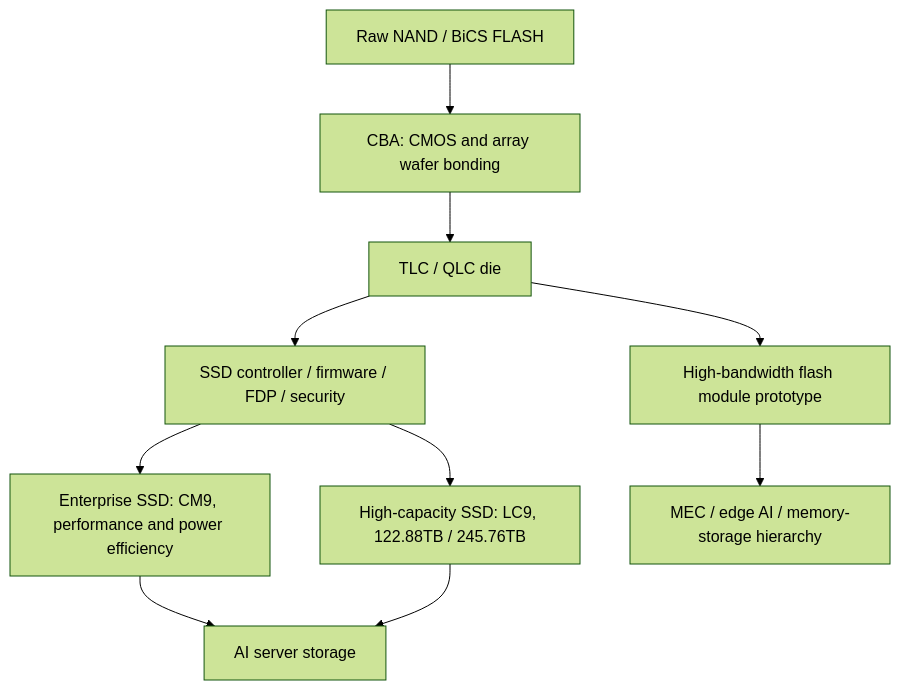
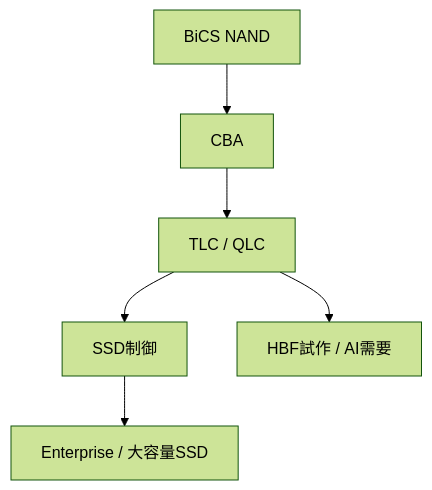
The second of 2 diagrams in src/content/blog/kioxia.mdx (daylight55/research), drawn with Mermaid (forest theme) before and after one commit. The commit also changed other lines of this file and 20 other files, not shown here.

Commit message:
Mermaid図の表示サイズを調整

````diff
--- a/src/content/blog/kioxia.mdx
+++ b/src/content/blog/kioxia.mdx
@@ -94,12 +91,8 @@
 ```mermaid
 flowchart TB
-  A["Raw NAND / BiCS FLASH"] --> B["CBA: CMOS and array wafer bonding"]
-  B --> C["TLC / QLC die"]
-  C --> D["SSD controller / firmware / FDP / security"]
-  D --> E["Enterprise SSD: CM9, performance and power efficiency"]
-  D --> F["High-capacity SSD: LC9, 122.88TB / 245.76TB"]
-  C --> G["High-bandwidth flash module prototype"]
-  E --> H["AI server storage"]
-  F --> H
-  G --> I["MEC / edge AI / memory-storage hierarchy"]
+  A["BiCS NAND"] --> B["CBA"]
+  B --> C["TLC / QLC"]
+  C --> D["SSD制御"]
+  D --> E["Enterprise / 大容量SSD"]
+  C --> F["HBF試作 / AI需要"]
 ```
````
